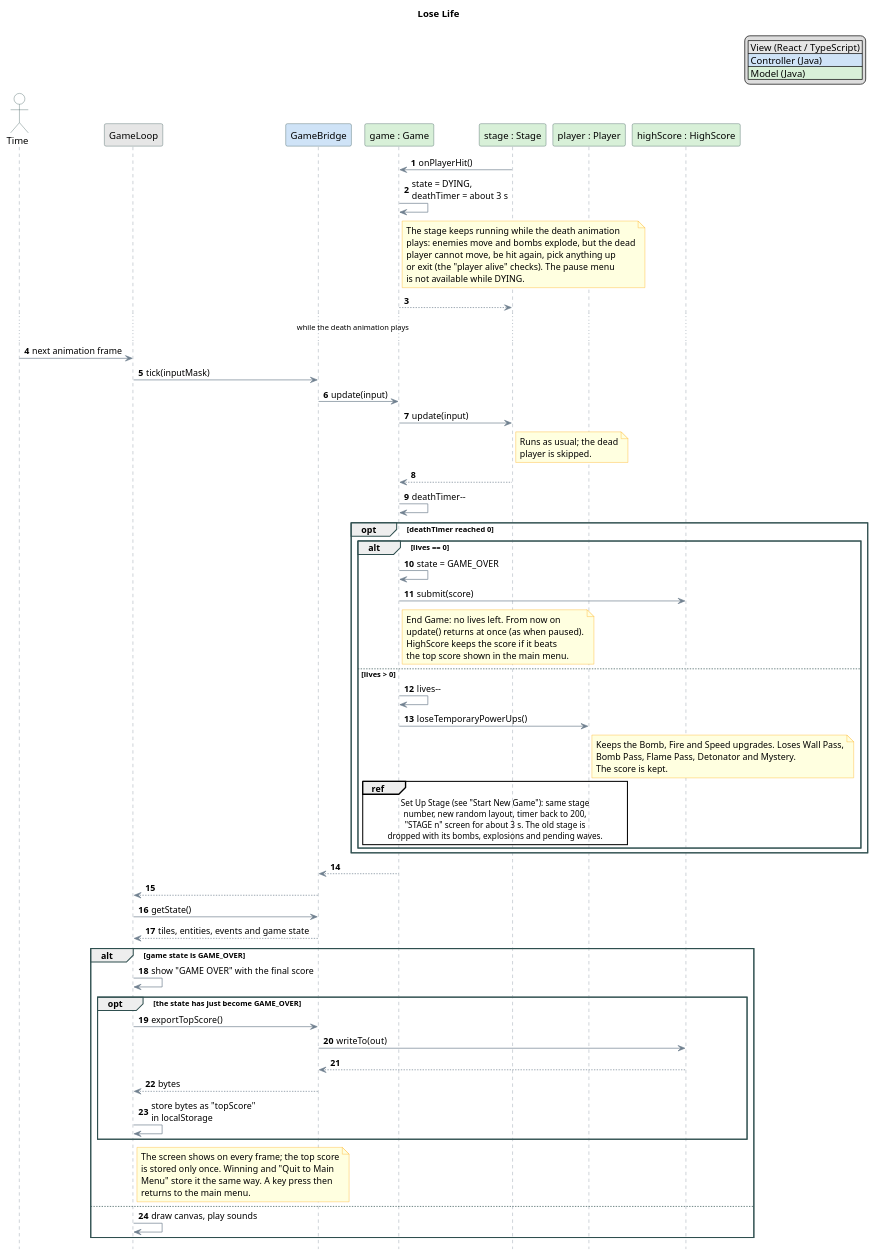
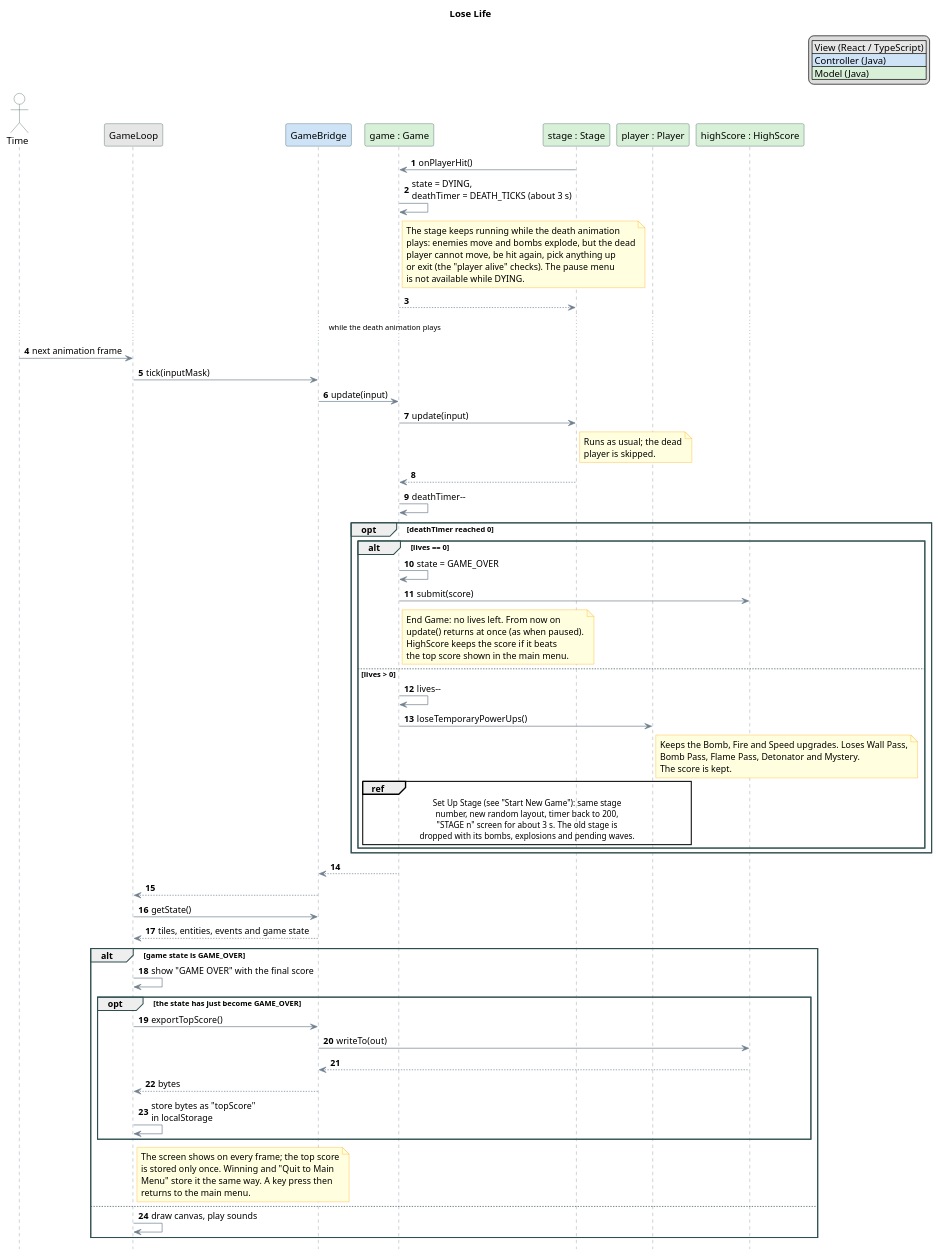
The diagram in projekt/uml/02-sekwencja-lose-life.puml (KamilDxD2/po2026), drawn with PlantUML before and after one commit. The commit also changed 11 other files, not shown here.

Commit message:
Update UML diagrams and code documentation for Bomberman project - Updated all sequence diagrams - Added class diagram for the project

```diff
--- a/projekt/uml/02-sekwencja-lose-life.puml
+++ b/projekt/uml/02-sekwencja-lose-life.puml
@@ -1,124 +1,124 @@
 @startuml
 title Lose Life
 
 hide footbox
 
 legend top right
   |<#E6E6E6> View (React / TypeScript) |
   |<#CFE3F7> Controller (Java) |
   |<#D8F0D8> Model (Java) |
 endlegend
 autonumber
 
 skinparam ParticipantBackgroundColor LightCyan
 skinparam ParticipantBorderColor DarkSlateGray
 skinparam ActorBackgroundColor White
 skinparam ActorBorderColor DarkSlateGray
 skinparam ArrowColor SlateGray
 skinparam SequenceLifeLineBorderColor SlateGray
 skinparam SequenceGroupBorderColor DarkSlateGray
 skinparam DefaultFontName Arial
 skinparam note {
     BackgroundColor LightYellow
     BorderColor Orange
 }
 
 ' ==========================================
 ' Participants, coloured by MVC layer as in "Explode Bomb" (see legend).
 ' Starts where "Move Bomberman" and "Explode Bomb" end: the stage has
 ' just called player.die() and reports it to the game. Includes the
 ' extension "End Game" (no lives left).
 ' ==========================================
 actor "Time" as time
 
 participant "GameLoop" as view #E6E6E6
 
 participant "GameBridge" as bridge #CFE3F7
 
 participant "game : Game" as game #D8F0D8
 participant "stage : Stage" as stage #D8F0D8
 participant "player : Player" as player #D8F0D8
 participant "highScore : HighScore" as high #D8F0D8
 
 ' ==========================================
 ' 1. The death is reported (within the tick in which it happens)
 ' ==========================================
 stage -> game : onPlayerHit()
-game -> game : state = DYING,\ndeathTimer = about 3 s
+game -> game : state = DYING,\ndeathTimer = DEATH_TICKS (about 3 s)
 note right of game
   The stage keeps running while the death animation
   plays: enemies move and bombs explode, but the dead
   player cannot move, be hit again, pick anything up
   or exit (the "player alive" checks). The pause menu
   is not available while DYING.
 end note
 game --> stage
 
 ... while the death animation plays ...
 
 ' ==========================================
 ' 2. Every later tick counts the animation down
 ' ==========================================
 time -> view : next animation frame
 view -> bridge : tick(inputMask)
 bridge -> game : update(input)
 game -> stage : update(input)
 note right of stage : Runs as usual; the dead\nplayer is skipped.
 stage --> game
 game -> game : deathTimer--
 
 opt deathTimer reached 0
     alt lives == 0
         game -> game : state = GAME_OVER
         game -> high : submit(score)
         note right of game
           End Game: no lives left. From now on
           update() returns at once (as when paused).
           HighScore keeps the score if it beats
           the top score shown in the main menu.
         end note
     else lives > 0
         game -> game : lives--
         game -> player : loseTemporaryPowerUps()
         note right of player
           Keeps the Bomb, Fire and Speed upgrades. Loses Wall Pass,
           Bomb Pass, Flame Pass, Detonator and Mystery.
           The score is kept.
         end note
         ref over game, player
           Set Up Stage (see "Start New Game"): same stage
           number, new random layout, timer back to 200,
           "STAGE n" screen for about 3 s. The old stage is
           dropped with its bombs, explosions and pending waves.
         end ref
     end
 end
 
 game --> bridge
 bridge --> view
 
 ' ==========================================
 ' 3. The view shows the result
 ' ==========================================
 view -> bridge : getState()
 bridge --> view : tiles, entities, events and game state
 alt game state is GAME_OVER
     view -> view : show "GAME OVER" with the final score
     opt the state has just become GAME_OVER
         view -> bridge : exportTopScore()
         bridge -> high : writeTo(out)
         high --> bridge
         bridge --> view : bytes
         view -> view : store bytes as "topScore"\nin localStorage
     end
     note right of view
       The screen shows on every frame; the top score
       is stored only once. Winning and "Quit to Main
       Menu" store it the same way. A key press then
       returns to the main menu.
     end note
 else
     view -> view : draw canvas, play sounds
 end
 
 @enduml
```
